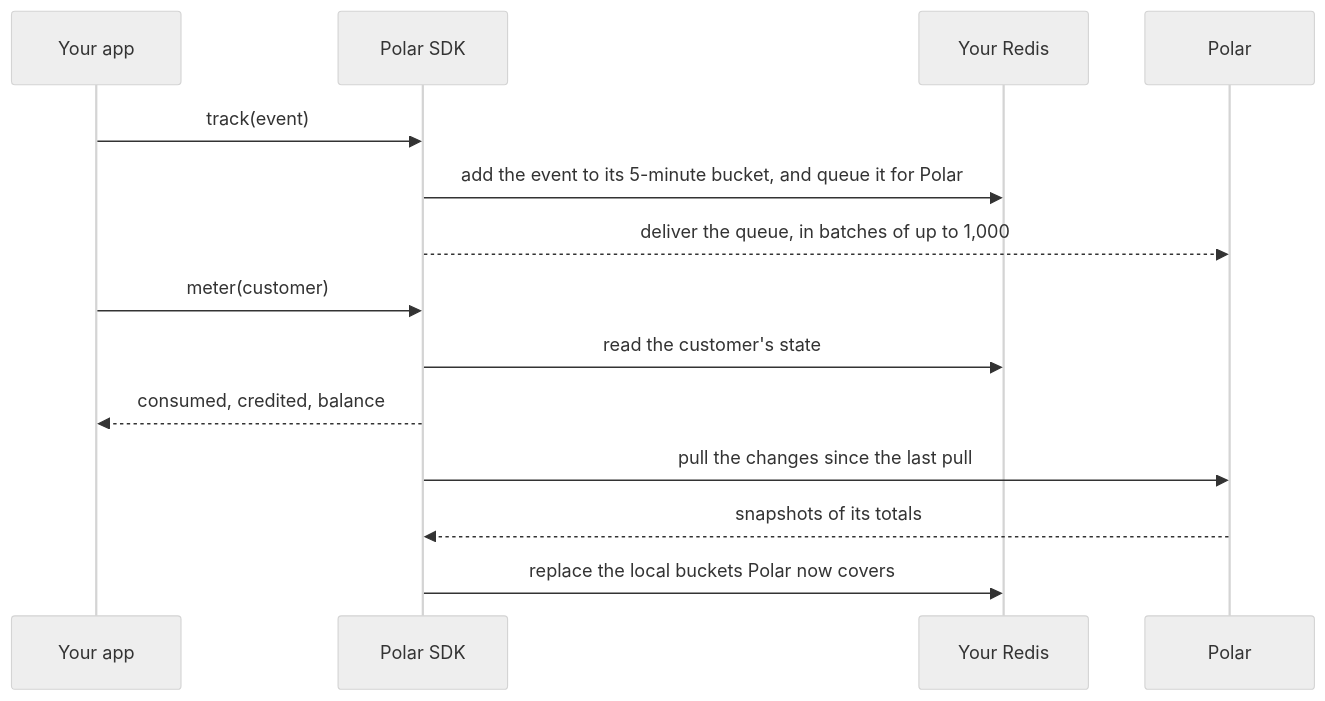
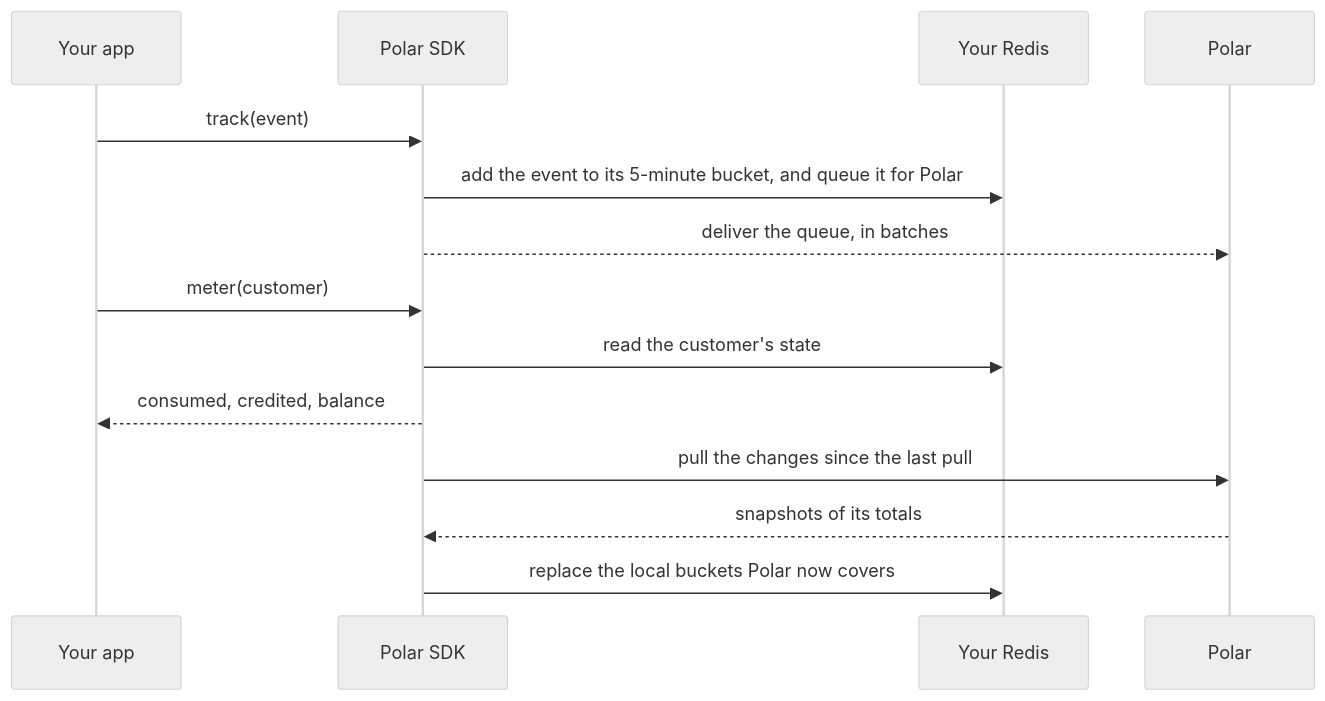
Before and after one commit to polarsource/polar: the diagram in docs/features/outpost.mdx, drawn with Mermaid (neutral theme). The commit also changed other lines of this file, not shown here.

````diff
--- a/docs/features/outpost.mdx
+++ b/docs/features/outpost.mdx
@@ -26,17 +26,17 @@
 ```mermaid
 sequenceDiagram
     participant App as Your app
     participant SDK as Polar SDK
     participant Redis as Your Redis
     participant Polar
 
     App->>SDK: track(event)
     SDK->>Redis: add the event to its 5-minute bucket, and queue it for Polar
-    SDK-->>Polar: deliver the queue, in batches of up to 1,000
+    SDK-->>Polar: deliver the queue, in batches
     App->>SDK: meter(customer)
     SDK->>Redis: read the customer's state
     SDK-->>App: consumed, credited, balance
     SDK->>Polar: pull the changes since the last pull
     Polar-->>SDK: snapshots of its totals
     SDK->>Redis: replace the local buckets Polar now covers
 ```
````
